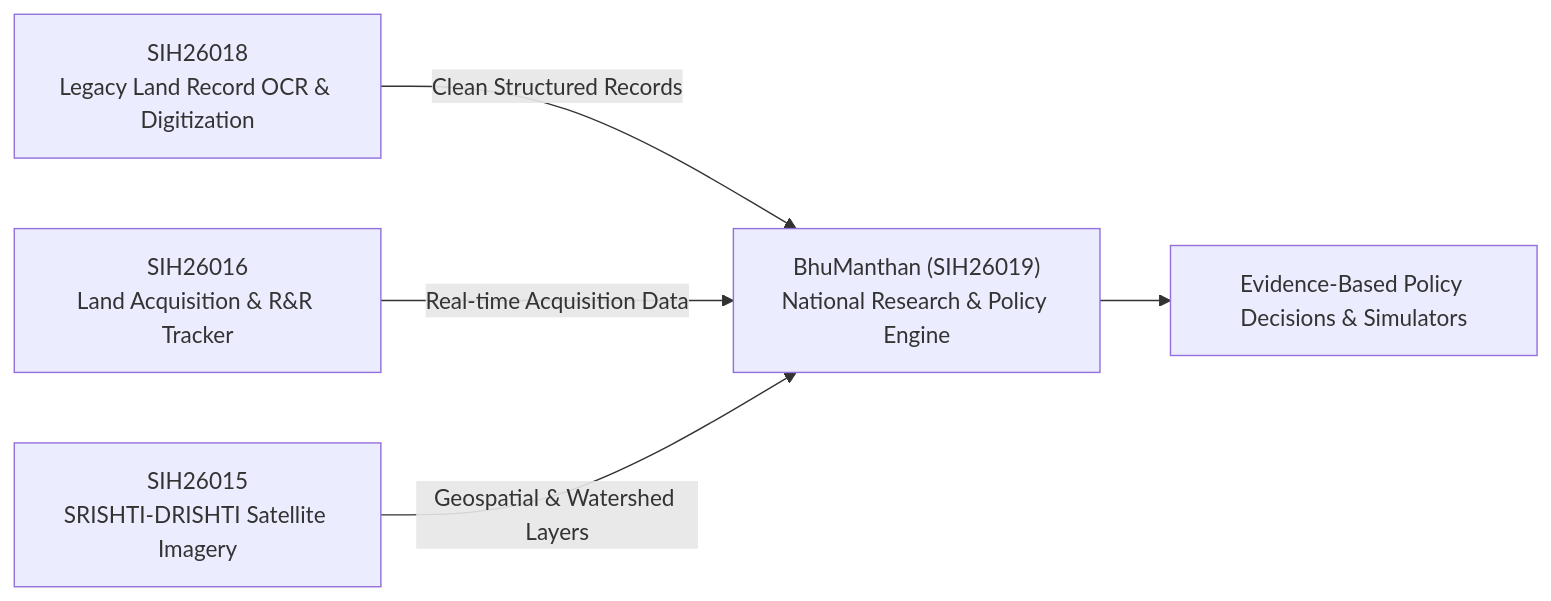
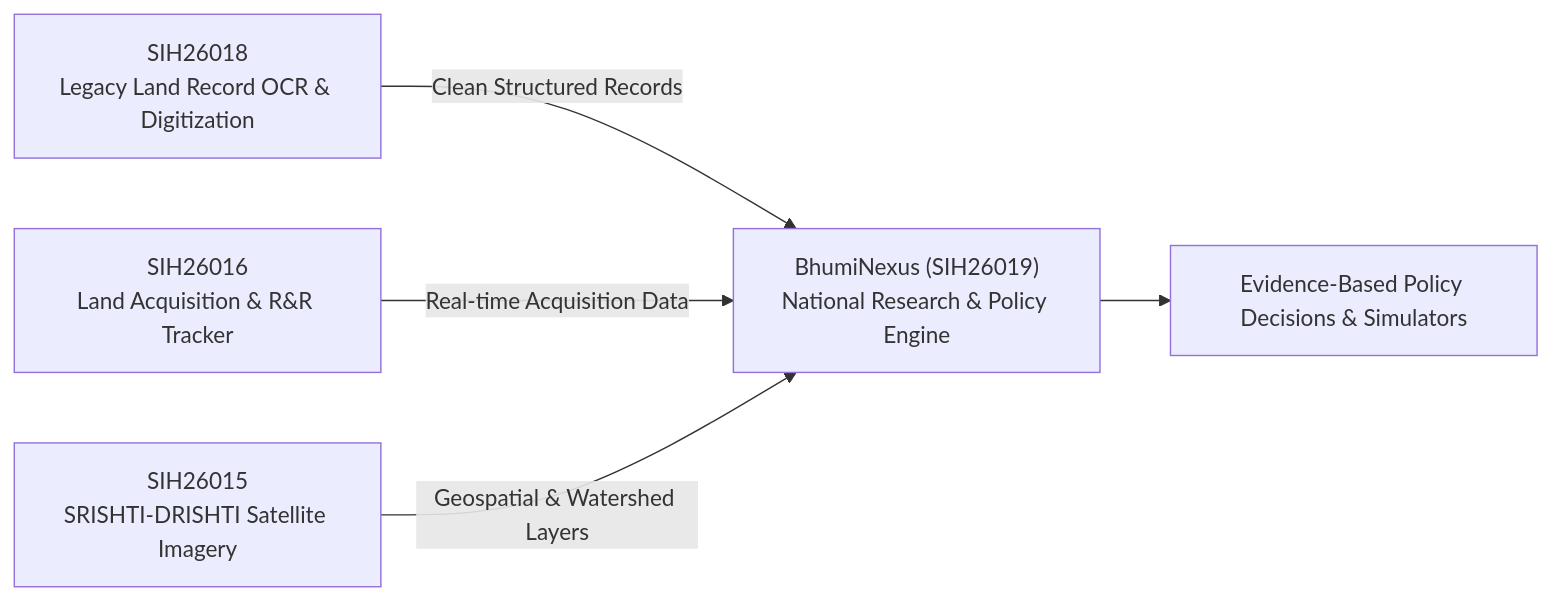
The diagram in read.md (jhalak101205-cpu/Team-NERO), drawn with Mermaid before and after one commit.

Commit message:
Update platform name to BhumiNexus in architecture diagram

````diff
--- a/read.md
+++ b/read.md
@@ -35,7 +35,7 @@
 ```mermaid
 flowchart LR
-    A["SIH26018\nLegacy Land Record OCR & Digitization"] -->|Clean Structured Records| D["BhuManthan (SIH26019)\nNational Research & Policy Engine"]
+    A["SIH26018\nLegacy Land Record OCR & Digitization"] -->|Clean Structured Records| D["BhumiNexus (SIH26019)\nNational Research & Policy Engine"]
     B["SIH26016\nLand Acquisition & R&R Tracker"] -->|Real-time Acquisition Data| D
     C["SIH26015\nSRISHTI-DRISHTI Satellite Imagery"] -->|Geospatial & Watershed Layers| D
     D --> E["Evidence-Based Policy Decisions & Simulators"]
 ```
````
